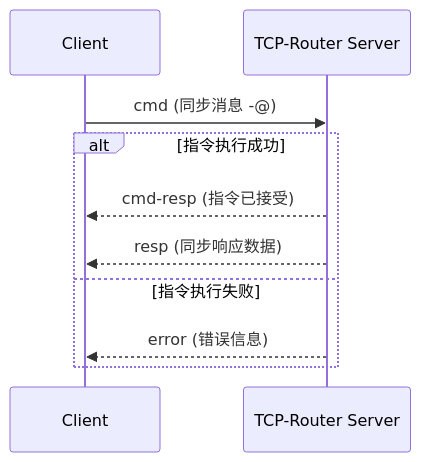
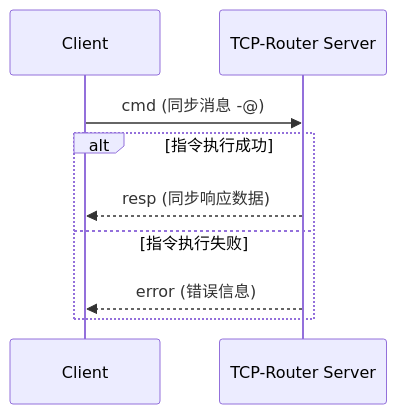
Before and after one commit to NEVSTOP-LAB/CSM-TCP-Router-App: the first of 4 diagrams in .doc/Protocol.v0.(zh-cn).md, drawn with Mermaid. The commit also changed other lines of this file, not shown here.

Commit message:
根据审查意见更新 Protocol.v0.(zh-cn).md：修正包类型值、同步流程和异步流程图

````diff
--- a/.doc/Protocol.v0.(zh-cn).md
+++ b/.doc/Protocol.v0.(zh-cn).md
@@ -130,13 +132,12 @@
 ```mermaid
 sequenceDiagram
     participant C as Client
     participant S as TCP-Router Server
 
     C->>S: cmd (同步消息 -@)
     alt 指令执行成功
-        S-->>C: cmd-resp (指令已接受)
         S-->>C: resp (同步响应数据)
     else 指令执行失败
         S-->>C: error (错误信息)
     end
 ```
````
